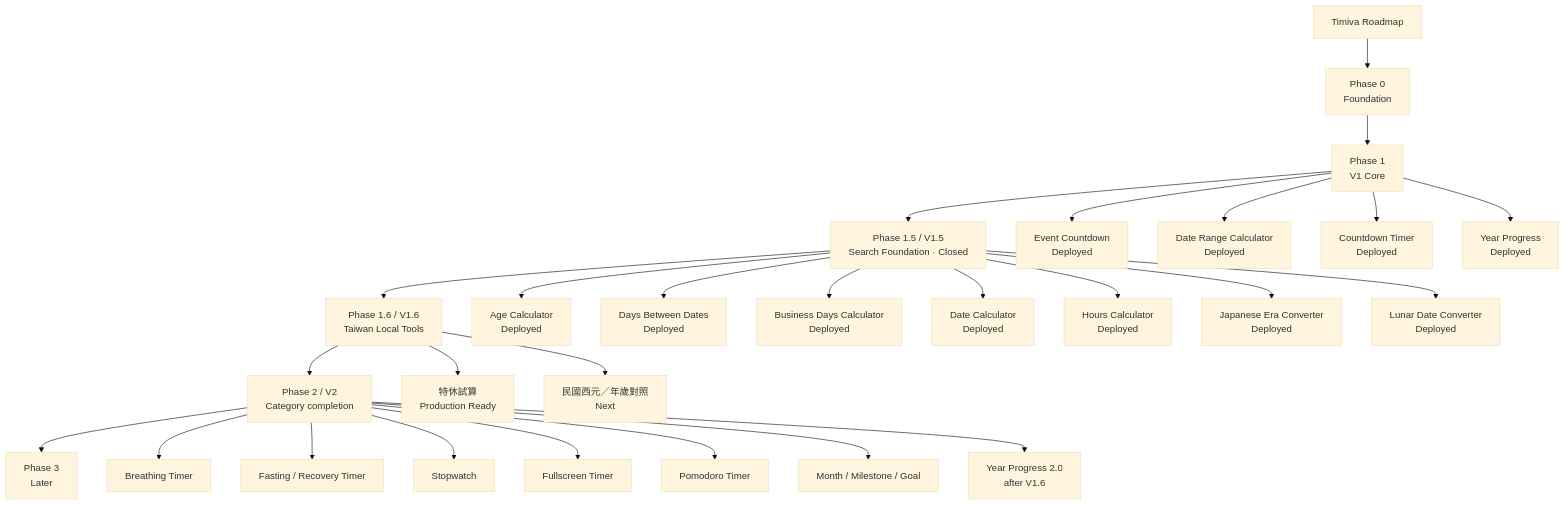
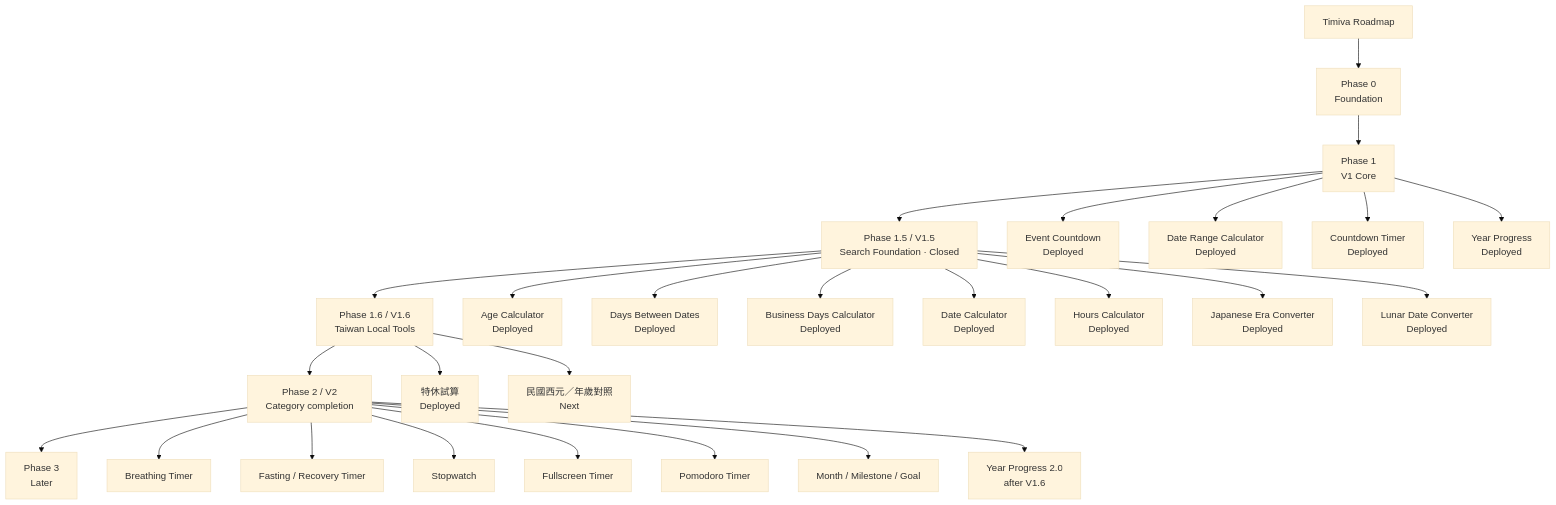
One commit to jd-jane/Timiva changed the diagram in docs/core/roadmap.md. Above: the diagram before and after it, drawn with Mermaid (base theme). The commit also changed other lines of this file and 3 other files, not shown here.

````diff
--- a/docs/core/roadmap.md
+++ b/docs/core/roadmap.md
@@ -35,33 +35,33 @@
 ```mermaid
 flowchart TD
     A[Timiva Roadmap] --> B[Phase 0<br/>Foundation]
     B --> C[Phase 1<br/>V1 Core]
     C --> D[Phase 1.5 / V1.5<br/>Search Foundation · Closed]
     D --> D16[Phase 1.6 / V1.6<br/>Taiwan Local Tools]
     D16 --> E[Phase 2 / V2<br/>Category completion]
     E --> F[Phase 3<br/>Later]
 
     C --> C1[Event Countdown<br/>Deployed]
     C --> C2[Date Range Calculator<br/>Deployed]
     C --> C3[Countdown Timer<br/>Deployed]
     C --> C4[Year Progress<br/>Deployed]
 
     D --> D1[Age Calculator<br/>Deployed]
     D --> D2[Days Between Dates<br/>Deployed]
     D --> D3[Business Days Calculator<br/>Deployed]
     D --> D4[Date Calculator<br/>Deployed]
     D --> D5[Hours Calculator<br/>Deployed]
     D --> D6[Japanese Era Converter<br/>Deployed]
     D --> D7[Lunar Date Converter<br/>Deployed]
 
-    D16 --> T1[特休試算<br/>Production Ready]
+    D16 --> T1[特休試算<br/>Deployed]
     D16 --> T2[民國西元／年歲對照<br/>Next]
 
     E --> E1[Breathing Timer]
     E --> E2[Fasting / Recovery Timer]
     E --> E3[Stopwatch]
     E --> E4[Fullscreen Timer]
     E --> E5[Pomodoro Timer]
     E --> E6[Month / Milestone / Goal]
     E --> E7[Year Progress 2.0<br/>after V1.6]
 ```
````
